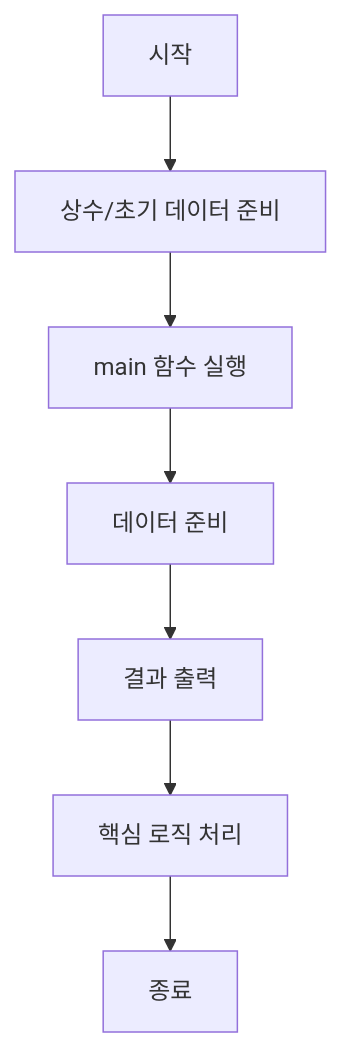
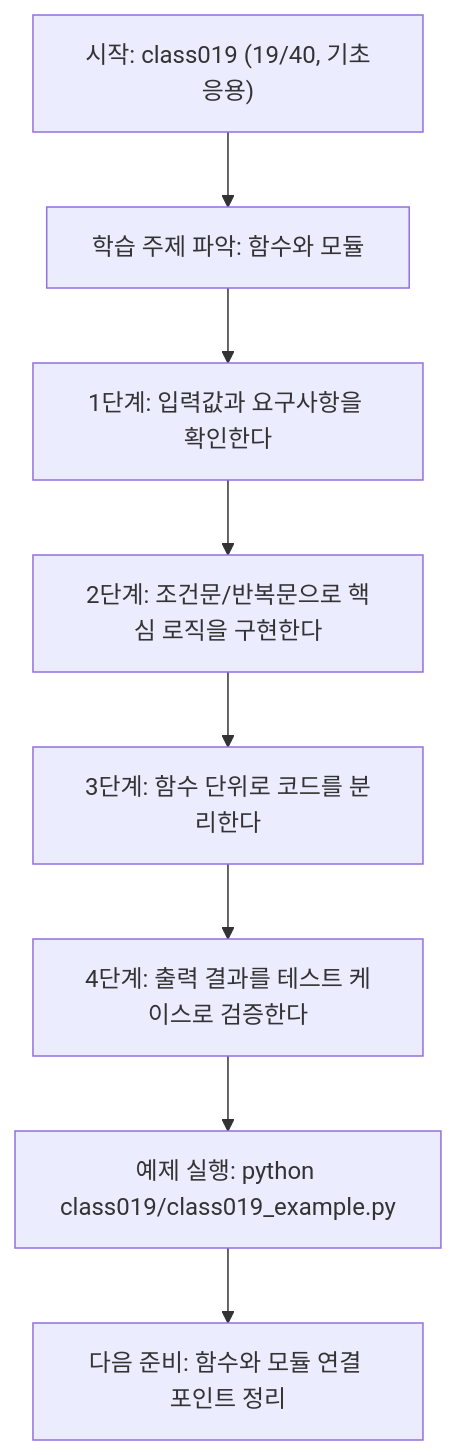
The diagram in class019/class019.md (edumgt/Python-AI_Agent-Class), drawn with Mermaid before and after one commit. The commit also changed other lines of this file and 1012 other files, not shown here.

````diff
--- a/class019/class019.md
+++ b/class019/class019.md
@@ -63,10 +80,18 @@
 ```mermaid
-graph TD
-    N1[시작]
-    N1 --> N2[상수/초기 데이터 준비]
-    N2 --> N3[main 함수 실행]
-    N3 --> N4[데이터 준비]
-    N4 --> N5[결과 출력]
-    N5 --> N6[핵심 로직 처리]
-    N6 --> N7[종료]
+flowchart TD
+N1["시작: class019 (19/40, 기초응용)"]
+N2["학습 주제 파악: 함수와 모듈"]
+N3["1단계: 입력값과 요구사항을 확인한다"]
+N4["2단계: 조건문/반복문으로 핵심 로직을 구현한다"]
+N5["3단계: 함수 단위로 코드를 분리한다"]
+N6["4단계: 출력 결과를 테스트 케이스로 검증한다"]
+N7["예제 실행: python class019/class019_example.py"]
+N8["다음 준비: 함수와 모듈 연결 포인트 정리"]
+N1 --> N2
+N2 --> N3
+N3 --> N4
+N4 --> N5
+N5 --> N6
+N6 --> N7
+N7 --> N8
 ```
````
